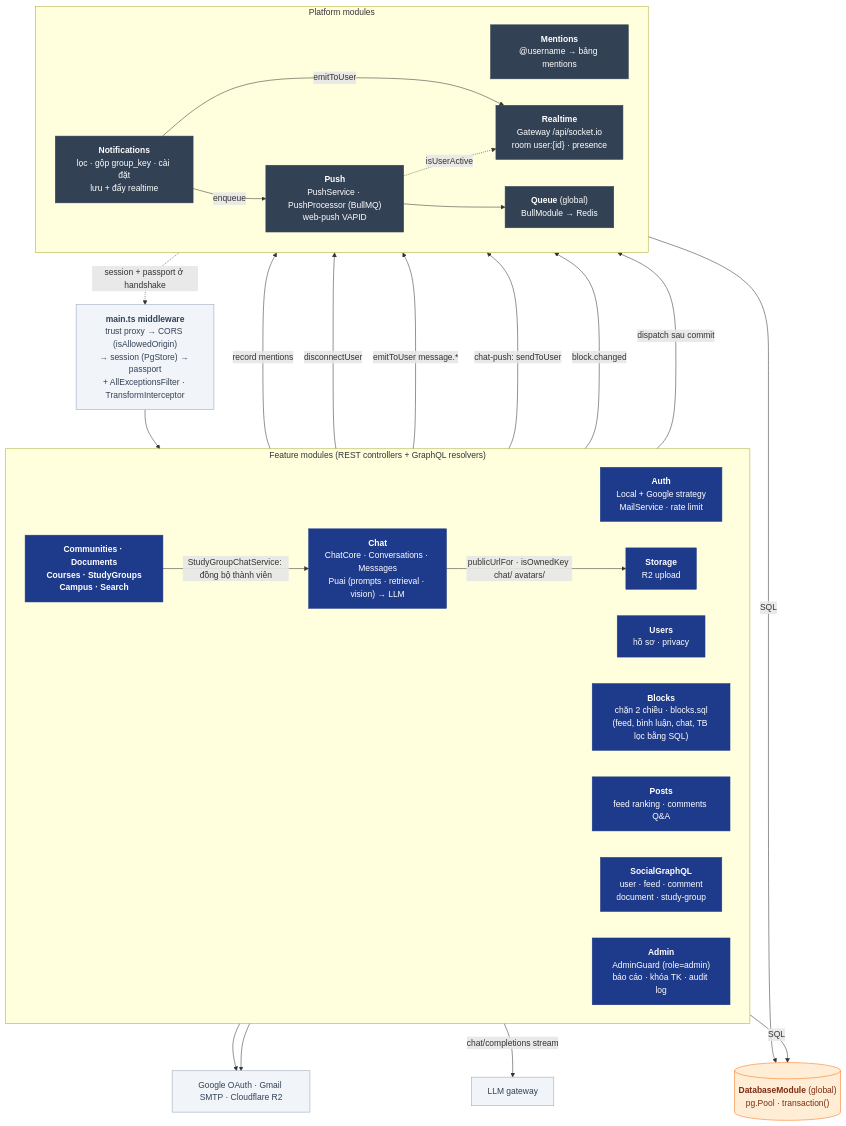
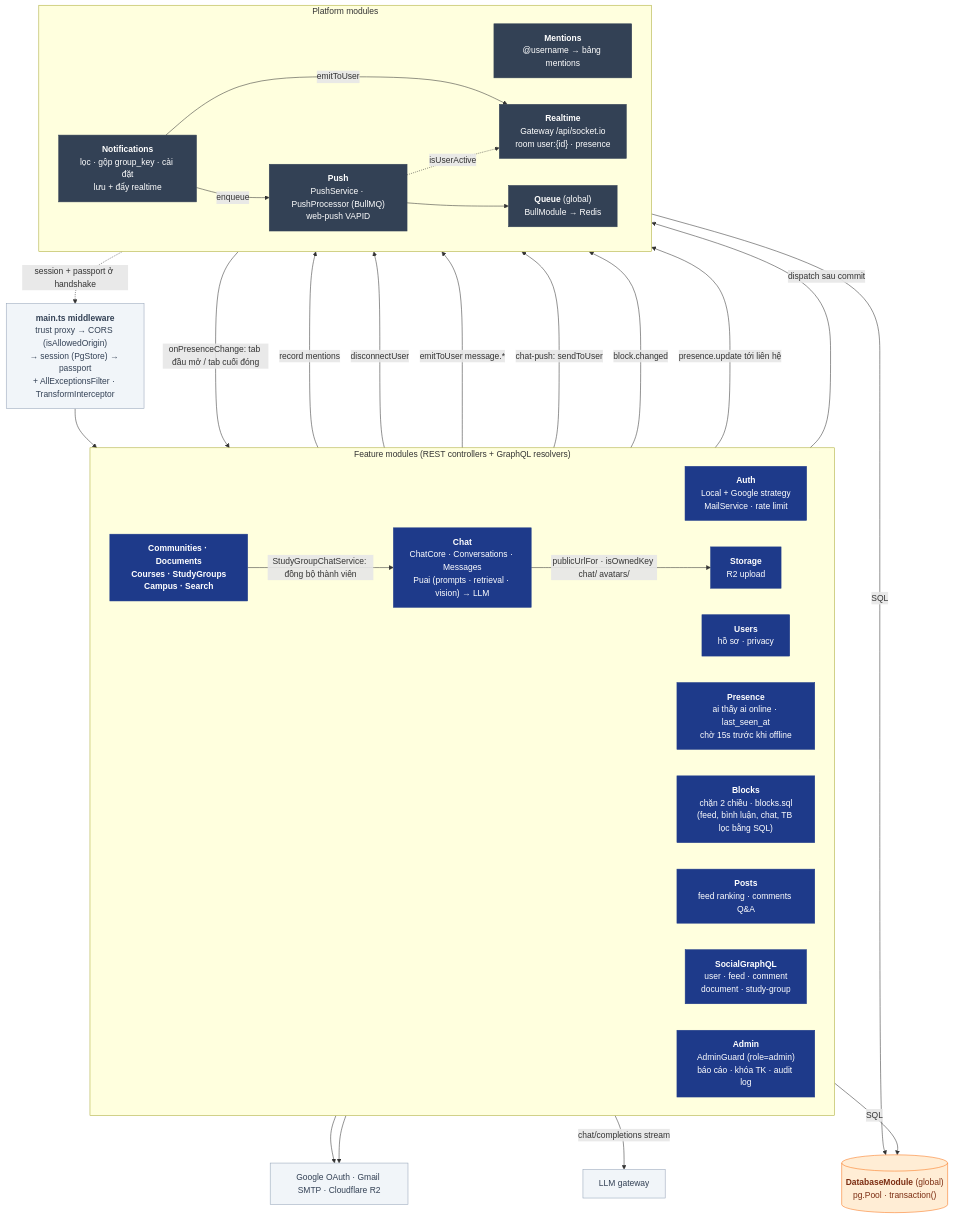
The diagram in docs/diagrams/03-api-components.md (nhatcoi/pu-connect), drawn with Mermaid before and after one commit. The commit also changed other lines of this file and 4 other files, not shown here.

Commit message:
docs(presence): document activity status, ERD and diagrams

````diff
--- a/docs/diagrams/03-api-components.md
+++ b/docs/diagrams/03-api-components.md
@@ -7,55 +7,58 @@
 ```mermaid
 flowchart TB
   mw["<b>main.ts middleware</b><br/>trust proxy → CORS (isAllowedOrigin)<br/>→ session (PgStore) → passport<br/>+ AllExceptionsFilter · TransformInterceptor"]
 
   subgraph Feature["Feature modules (REST controllers + GraphQL resolvers)"]
     direction LR
     auth["<b>Auth</b><br/>Local + Google strategy<br/>MailService · rate limit"]
     users["<b>Users</b><br/>hồ sơ · privacy"]
+    presence["<b>Presence</b><br/>ai thấy ai online · last_seen_at<br/>chờ 15s trước khi offline"]
     blocks["<b>Blocks</b><br/>chặn 2 chiều · blocks.sql<br/>(feed, bình luận, chat, TB lọc bằng SQL)"]
     posts["<b>Posts</b><br/>feed ranking · comments Q&A"]
     gql["<b>SocialGraphQL</b><br/>user · feed · comment<br/>document · study-group"]
     others["<b>Communities · Documents<br/>Courses · StudyGroups<br/>Campus · Search</b>"]
     storage["<b>Storage</b><br/>R2 upload"]
     admin["<b>Admin</b><br/>AdminGuard (role=admin)<br/>báo cáo · khóa TK · audit log"]
     chat["<b>Chat</b><br/>ChatCore · Conversations · Messages<br/>Puai (prompts · retrieval · vision) → LLM"]
   end
 
   subgraph Platform["Platform modules"]
     direction LR
     mentions["<b>Mentions</b><br/>@username → bảng mentions"]
     notif["<b>Notifications</b><br/>lọc · gộp group_key · cài đặt<br/>lưu + đẩy realtime"]
     rt["<b>Realtime</b><br/>Gateway /api/socket.io<br/>room user:{id} · presence"]
     push["<b>Push</b><br/>PushService · PushProcessor (BullMQ)<br/>web-push VAPID"]
     queue["<b>Queue</b> (global)<br/>BullModule → Redis"]
   end
 
   db[("<b>DatabaseModule</b> (global)<br/>pg.Pool · transaction()")]
   ext["Google OAuth · Gmail SMTP · Cloudflare R2"]
 
   mw --> Feature
   posts -->|record mentions| mentions
   Feature -->|dispatch sau commit| notif -->|emitToUser| rt
   notif -->|enqueue| push --> queue
   push -. isUserActive .-> rt
   rt -. session + passport ở handshake .-> mw
   Feature -->|SQL| db
   Platform -->|SQL| db
   auth & storage --> ext
   admin -->|disconnectUser| rt
   chat -->|emitToUser message.*| rt
   chat -->|chat-push: sendToUser| push
   chat -->|chat/completions stream| llm["LLM gateway"]
   chat -->|publicUrlFor · isOwnedKey chat/ avatars/| storage
   others -->|StudyGroupChatService: đồng bộ thành viên| chat
   blocks -->|block.changed| rt
+  rt -->|onPresenceChange: tab đầu mở / tab cuối đóng| presence
+  presence -->|presence.update tới liên hệ| rt
 
   classDef mod fill:#1e3a8a,stroke:#1e3a8a,color:#fff
   classDef plat fill:#334155,stroke:#334155,color:#fff
   classDef store fill:#ffedd5,stroke:#f97316,color:#7c2d12
   classDef external fill:#f1f5f9,stroke:#94a3b8,color:#334155
-  class auth,users,blocks,posts,communities,others,storage,gql,admin,chat mod
+  class auth,users,blocks,presence,posts,communities,others,storage,gql,admin,chat mod
   class mentions,notif,rt,push,queue plat
   class db store
   class ext,mw,llm external
 ```
````
